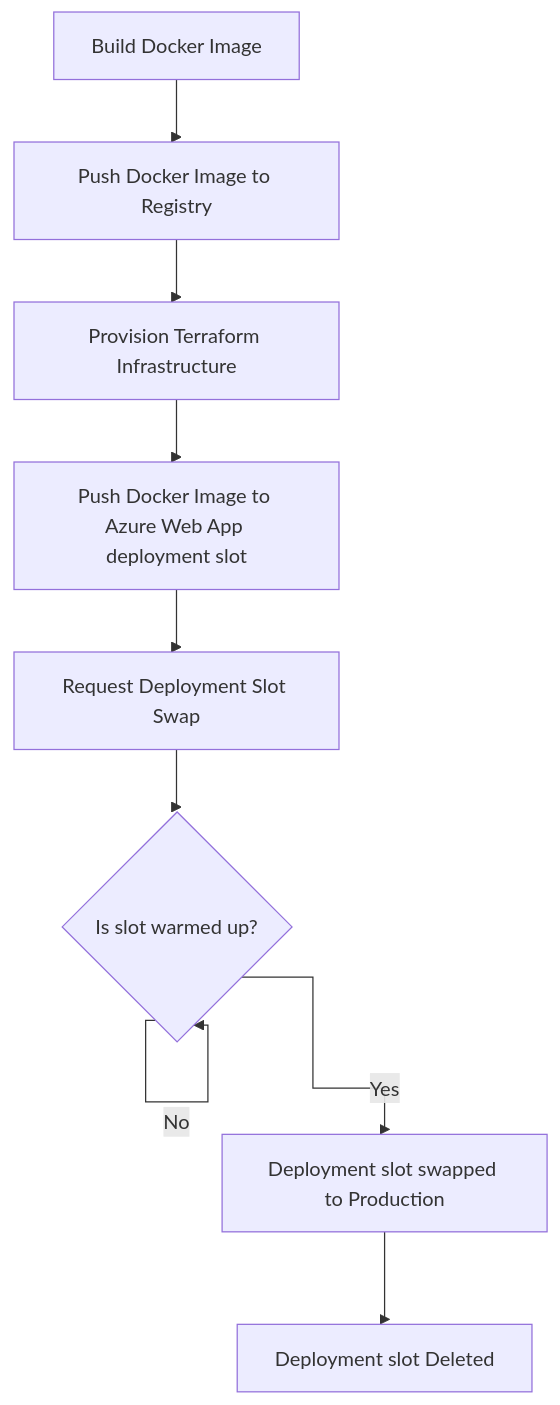
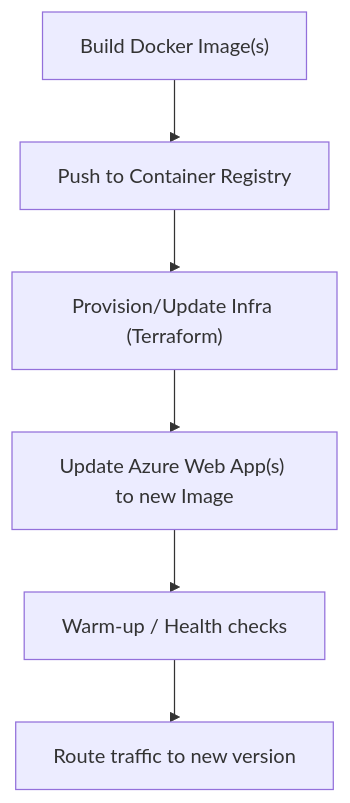
The diagram in docs/architecture/Deployment-Architecture.md (DFE-Digital/get-to-an-answer), drawn with Mermaid before and after one commit. The commit also changed other lines of this file and 12 other files, not shown here.

````diff
--- a/docs/architecture/Deployment-Architecture.md
+++ b/docs/architecture/Deployment-Architecture.md
@@ -26,14 +22,9 @@
 ```mermaid
 %%{ init: { 'flowchart': { 'curve': 'step' } } }%%
 flowchart TD
-    accDescr: Deployment process flow
-    
-    A["Build Docker Image"]-->B["Push Docker Image to Registry"]
-    B-->C["Provision Terraform Infrastructure"]
-    C-->D["Push Docker Image to Azure Web App deployment slot"]
-    D-->E["Request Deployment Slot Swap"]
-    E-->F{Is slot warmed up?}
-    F--"No"-->F
-    F--Yes-->G["Deployment slot swapped to Production"]
-    G-->H["Deployment slot Deleted"]
+A["Build Docker Image(s)"]-->B["Push to Container Registry"]
+B-->C["Provision/Update Infra (Terraform)"]
+C-->D["Update Azure Web App(s) to new Image"]
+D-->E["Warm-up / Health checks"]
+E-->F["Route traffic to new version"]
 ```
````
